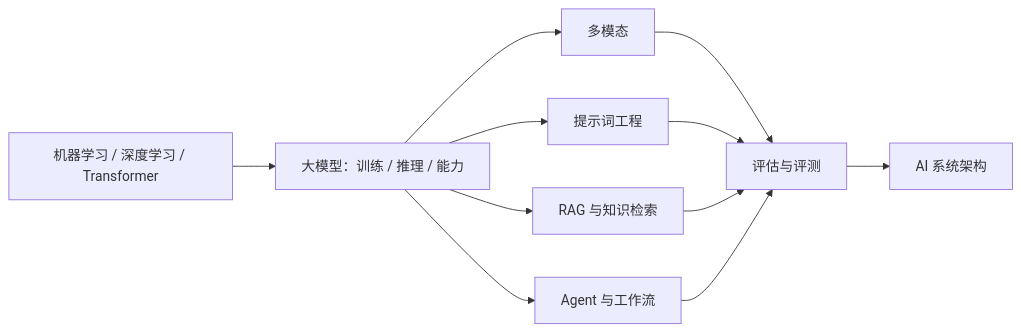
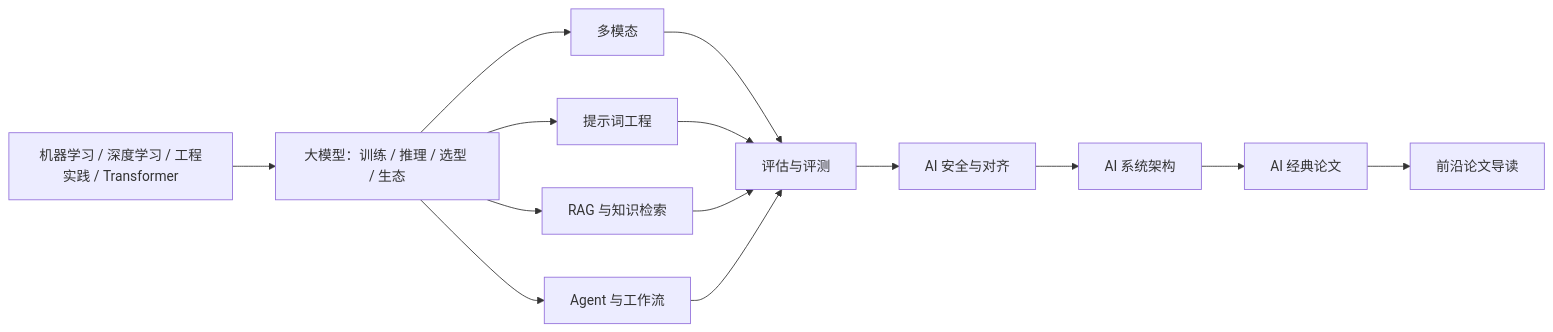
The diagram in docs/ai/index.md (AI-PM-Wiki/AIPM), drawn with Mermaid before and after one commit. The commit also changed other lines of this file and 248 other files, not shown here.

````diff
--- a/docs/ai/index.md
+++ b/docs/ai/index.md
@@ -9,13 +9,16 @@
 ```mermaid
 flowchart LR
-    foundation["机器学习 / 深度学习 / Transformer"] --> llm["大模型：训练 / 推理 / 能力"]
+    foundation["机器学习 / 深度学习 / 工程实践 / Transformer"] --> llm["大模型：训练 / 推理 / 选型 / 生态"]
     llm --> multimodal["多模态"]
     llm --> prompting["提示词工程"]
     llm --> rag["RAG 与知识检索"]
     llm --> agent["Agent 与工作流"]
     multimodal --> evaluation["评估与评测"]
     prompting --> evaluation
     rag --> evaluation
     agent --> evaluation
-    evaluation --> architecture["AI 系统架构"]
+    evaluation --> safety["AI 安全与对齐"]
+    safety --> architecture["AI 系统架构"]
+    architecture --> classic["AI 经典论文"]
+    classic --> frontier["前沿论文导读"]
 ```
````
